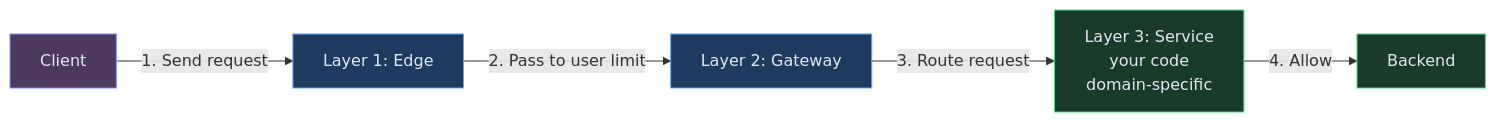
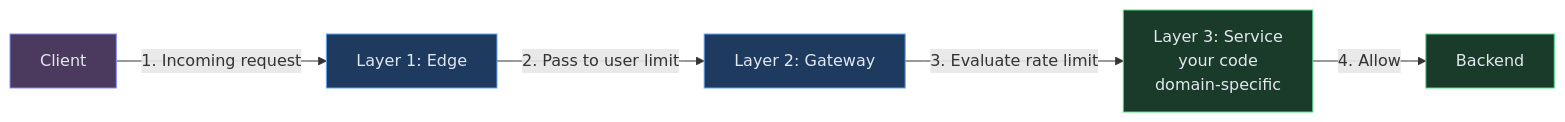
Before and after one commit to iluzn/HLD-Designs: the ninth of 15 diagrams in content/hld/RateLimiter.md, drawn with Mermaid. The commit also changed other lines of this file and 27 other files, not shown here.

````diff
--- a/content/hld/RateLimiter.md
+++ b/content/hld/RateLimiter.md
@@ -502,17 +502,17 @@
 ```mermaid
 flowchart LR
     CLIENT["Client"]:::client
     L1["Layer 1: Edge"]:::edge
     L2["Layer 2: Gateway"]:::edge
     L3["Layer 3: Service<br/>your code<br/>domain-specific"]:::service
     API["Backend"]:::service
 
-    CLIENT -->|"1. Send request"| L1
+    CLIENT -->|"1. Incoming request"| L1
     L1 -->|"2. Pass to user limit"| L2
-    L2 -->|"3. Route request"| L3
+    L2 -->|"3. Evaluate rate limit"| L3
     L3 -->|"4. Allow"| API
 
     classDef client fill:#4c3a5e,stroke:#818cf8,color:#e2e8f0
     classDef edge fill:#1e3a5f,stroke:#60a5fa,color:#e2e8f0
     classDef service fill:#1a3a2a,stroke:#4ade80,color:#e2e8f0
 ```
````
